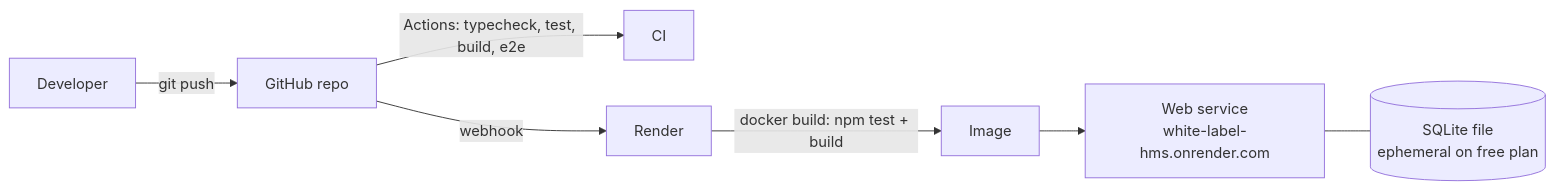
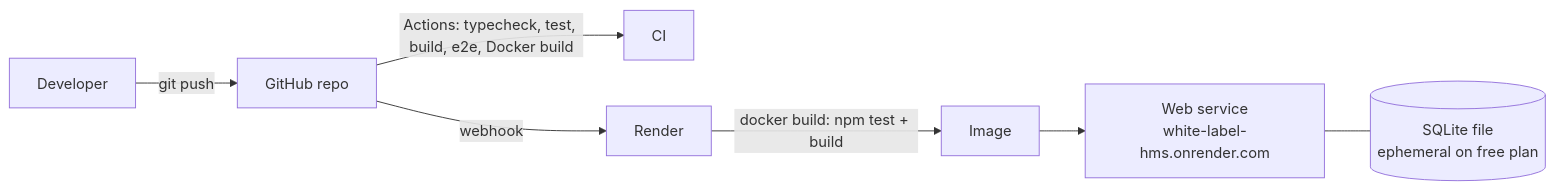
One commit to pRiMeXoMeGa/white-label-hms changed the third of 4 diagrams in docs/01-high-level-design.md. Above: the diagram before and after it, drawn with Mermaid. The commit also changed other lines of this file and 78 other files, not shown here.

````diff
--- a/docs/01-high-level-design.md
+++ b/docs/01-high-level-design.md
@@ -129,9 +130,9 @@
 ```mermaid
 flowchart LR
   Dev[Developer] -->|git push| GH[GitHub repo]
-  GH -->|Actions: typecheck, test, build, e2e| CI[CI]
+  GH -->|"Actions: typecheck, test, build, e2e, Docker build"| CI[CI]
   GH -->|webhook| R[Render]
   R -->|docker build: npm test + build| Img[Image]
   Img --> Svc["Web service<br/>white-label-hms.onrender.com"]
   Svc --- Disk[("SQLite file<br/>ephemeral on free plan")]
 ```
````
